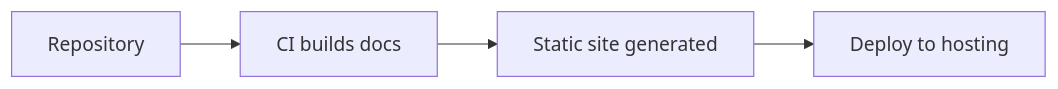
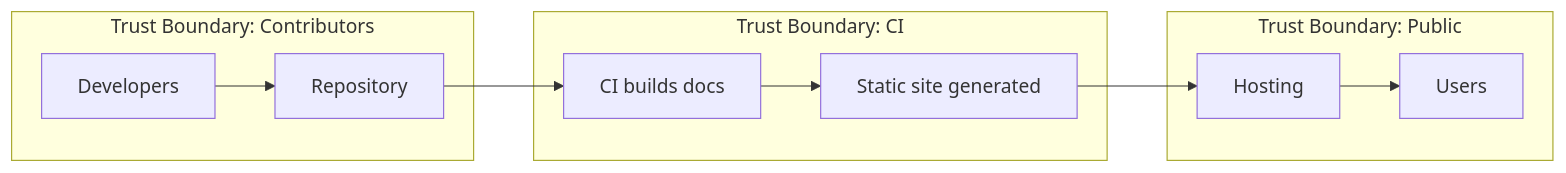
Before and after one commit to d0tTino/docs-: the diagram in docs/security/threat-model.md, drawn with Mermaid.

Commit message:
docs: expand threat model diagram

````diff
--- a/docs/security/threat-model.md
+++ b/docs/security/threat-model.md
@@ -16,6 +16,17 @@
 ```mermaid
 flowchart LR
-    A[Repository] --> B[CI builds docs]
-    B --> C[Static site generated]
-    C --> D[Deploy to hosting]
+    subgraph Contributors["Trust Boundary: Contributors"]
+        D[Developers]
+        R[Repository]
+    end
+    subgraph Build["Trust Boundary: CI"]
+        C[CI builds docs]
+        S[Static site generated]
+    end
+    subgraph Public["Trust Boundary: Public"]
+        H[Hosting]
+        U[Users]
+    end
+
+    D --> R --> C --> S --> H --> U
 ```
````
